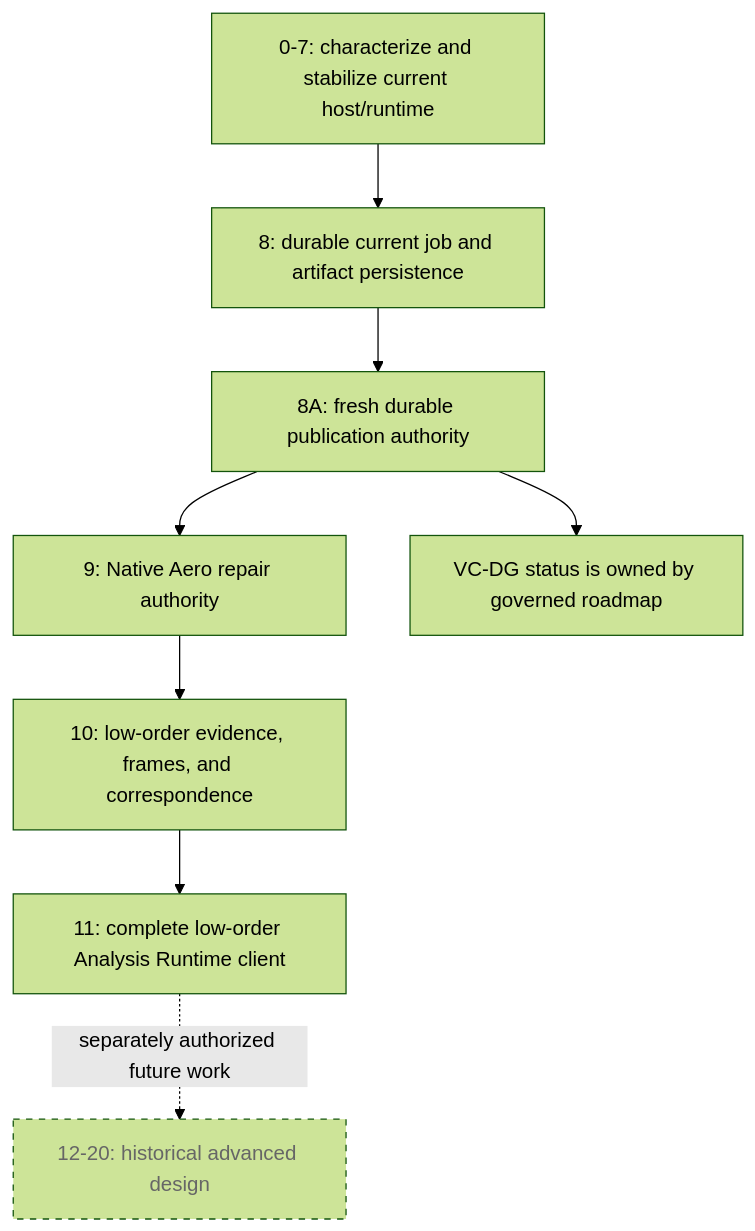
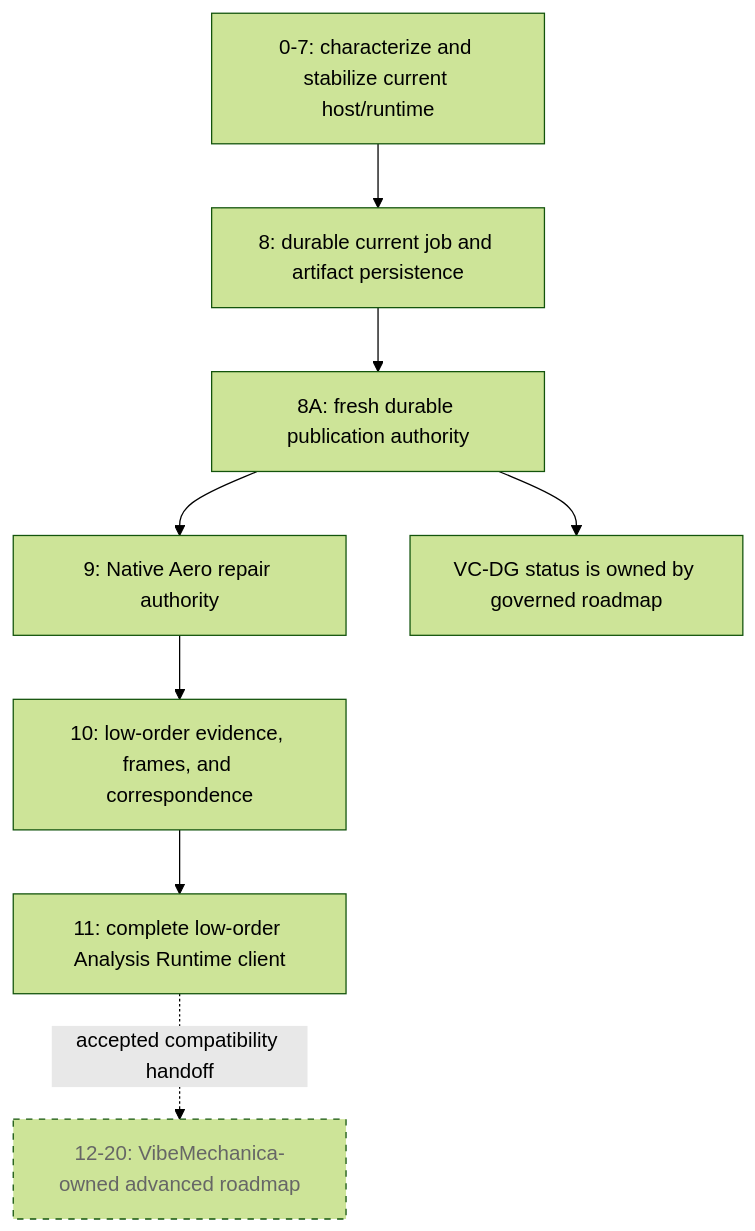
Before and after one commit to halthinks/vibecad: the diagram in docs/vibecadaero-roadmap.md, drawn with Mermaid (forest theme). The commit also changed other lines of this file and 4 other files, not shown here.

Commit message:
Assign cross-product roadmap ownership

````diff
--- a/docs/vibecadaero-roadmap.md
+++ b/docs/vibecadaero-roadmap.md
@@ -312,11 +331,11 @@
 ```mermaid
 flowchart TD
     A[0-7: characterize and stabilize current host/runtime] --> B[8: durable current job and artifact persistence]
     B --> C[8A: fresh durable publication authority]
     C --> D[9: Native Aero repair authority]
     D --> E[10: low-order evidence, frames, and correspondence]
     E --> F[11: complete low-order Analysis Runtime client]
-    F -. separately authorized future work .-> H[12-20: historical advanced design]:::historical
+    F -. accepted compatibility handoff .-> H[12-20: VibeMechanica-owned advanced roadmap]:::historical
     C --> DG[VC-DG status is owned by governed roadmap]
     classDef historical stroke-dasharray: 5 5,color:#666;
 ```
````
